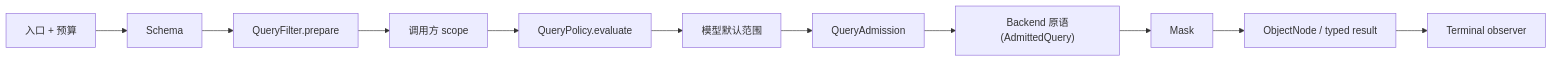
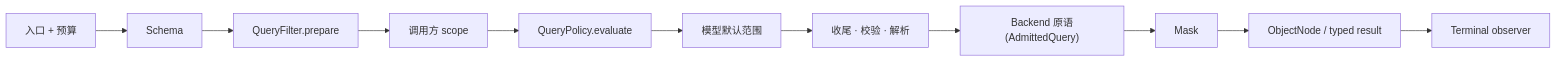
One commit to Ahoo-Wang/Wow changed the diagram in documentation/docs/zh/guide/query/query-gateway.md. Above: the diagram before and after it, drawn with Mermaid. The commit also changed other lines of this file and 62 other files, not shown here.

Commit message:
refactor(query): one admission pipeline for queries and point reads (#3580)

````diff
--- a/documentation/docs/zh/guide/query/query-gateway.md
+++ b/documentation/docs/zh/guide/query/query-gateway.md
@@ -26,13 +26,13 @@
 ```mermaid
 flowchart LR
     Entry["入口 + 预算"] --> Provider["Schema"]
     Provider --> Prepare["QueryFilter.prepare"]
     Prepare --> Scope["调用方 scope"]
     Scope --> Policy["QueryPolicy.evaluate"]
     Policy --> Default["模型默认范围"]
-    Default --> Admission["QueryAdmission"]
+    Default --> Admission["收尾 · 校验 · 解析"]
     Admission --> Backend["Backend 原语(AdmittedQuery)"]
     Backend --> Mask["Mask"]
     Mask --> Result["ObjectNode / typed result"]
     Result --> Observer["Terminal observer"]
 ```
````
